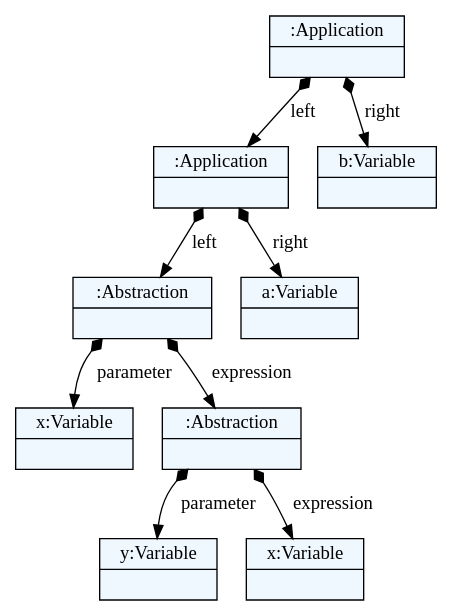
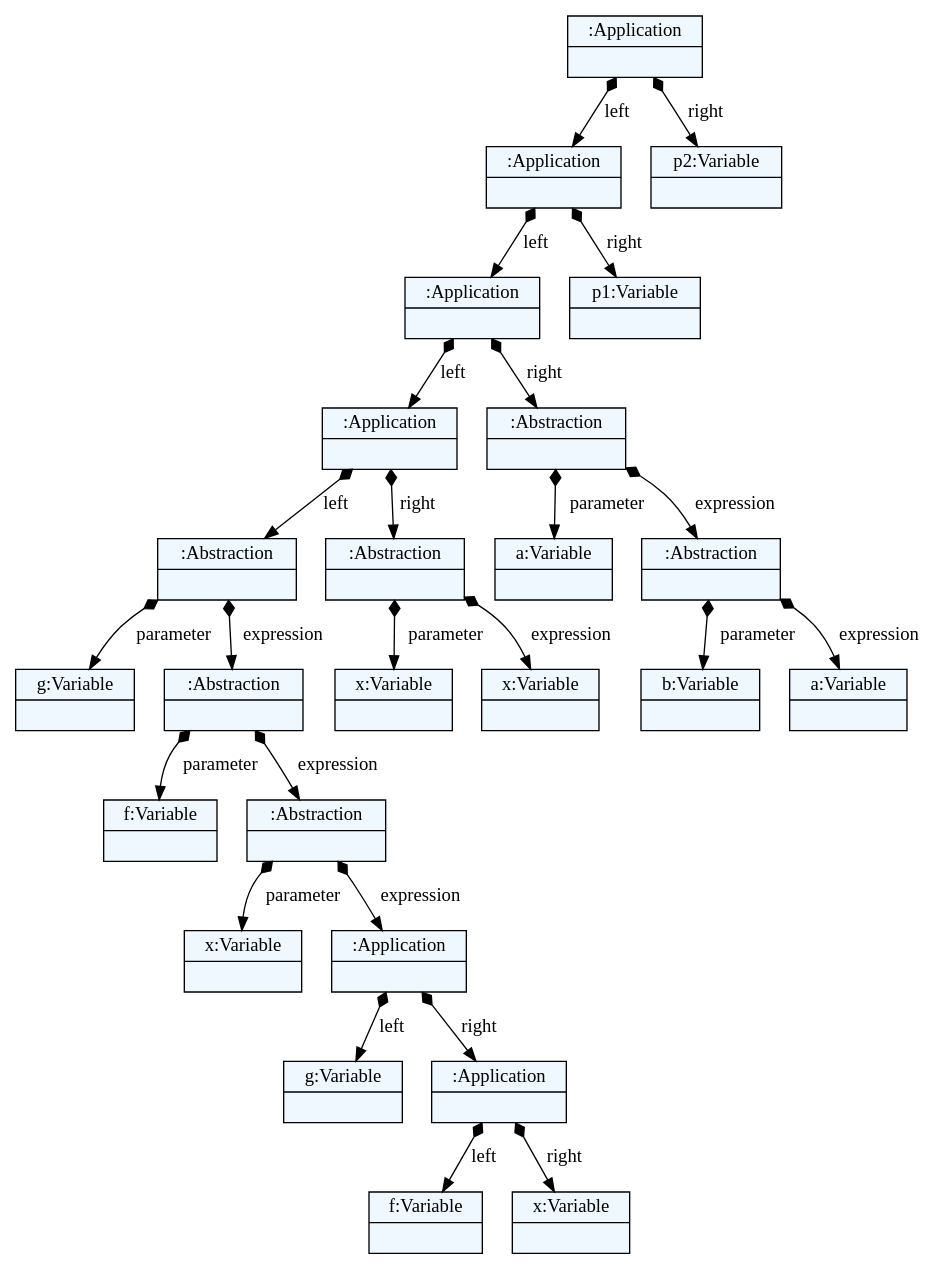
Before and after one commit to pavleglusac/lambda-calculus: the diagram in model.dot, drawn with Graphviz. The commit also changed 25 other files, not shown here.

```diff
--- a/model.dot
+++ b/model.dot
@@ -1,32 +1,64 @@
 
     digraph textX {
     fontname = "Bitstream Vera Sans"
     fontsize = 8
     node[
         shape=record,
         style=filled,
         fillcolor=aliceblue
     ]
     nodesep = 0.3
     edge[dir=black,arrowtail=empty]
 
 
-2263885647584 -> 2263885647488 [label="left" arrowtail=diamond dir=both]
-2263885647488 -> 2263885647344 [label="left" arrowtail=diamond dir=both]
-2263885647344 -> 2263885647248 [label="parameter" arrowtail=diamond dir=both]
-2263885647248[label="{x:Variable|}"]
-2263885647344 -> 2263885647200 [label="expression" arrowtail=diamond dir=both]
-2263885647200 -> 2263885647104 [label="parameter" arrowtail=diamond dir=both]
-2263885647104[label="{y:Variable|}"]
-2263885647200 -> 2263885647056 [label="expression" arrowtail=diamond dir=both]
-2263885647056[label="{x:Variable|}"]
-2263885647200[label="{:Abstraction|}"]
-2263885647344[label="{:Abstraction|}"]
-2263885647488 -> 2263885647296 [label="right" arrowtail=diamond dir=both]
-2263885647296[label="{a:Variable|}"]
-2263885647488[label="{:Application|}"]
-2263885647584 -> 2263885647392 [label="right" arrowtail=diamond dir=both]
-2263885647392[label="{b:Variable|}"]
-2263885647584[label="{:Application|}"]
+2133899157448 -> 2133899137800 [label="left" arrowtail=diamond dir=both]
+2133899137800 -> 2133909131912 [label="left" arrowtail=diamond dir=both]
+2133909131912 -> 2133909043592 [label="left" arrowtail=diamond dir=both]
+2133909043592 -> 2133909044552 [label="left" arrowtail=diamond dir=both]
+2133909044552 -> 2133909041992 [label="parameter" arrowtail=diamond dir=both]
+2133909041992[label="{g:Variable|}"]
+2133909044552 -> 2133909044936 [label="expression" arrowtail=diamond dir=both]
+2133909044936 -> 2133909041480 [label="parameter" arrowtail=diamond dir=both]
+2133909041480[label="{f:Variable|}"]
+2133909044936 -> 2133909044360 [label="expression" arrowtail=diamond dir=both]
+2133909044360 -> 2133909044424 [label="parameter" arrowtail=diamond dir=both]
+2133909044424[label="{x:Variable|}"]
+2133909044360 -> 2133909043656 [label="expression" arrowtail=diamond dir=both]
+2133909043656 -> 2133909043464 [label="left" arrowtail=diamond dir=both]
+2133909043464[label="{g:Variable|}"]
+2133909043656 -> 2133909042760 [label="right" arrowtail=diamond dir=both]
+2133909042760 -> 2133909041864 [label="left" arrowtail=diamond dir=both]
+2133909041864[label="{f:Variable|}"]
+2133909042760 -> 2133909043720 [label="right" arrowtail=diamond dir=both]
+2133909043720[label="{x:Variable|}"]
+2133909042760[label="{:Application|}"]
+2133909043656[label="{:Application|}"]
+2133909044360[label="{:Abstraction|}"]
+2133909044936[label="{:Abstraction|}"]
+2133909044552[label="{:Abstraction|}"]
+2133909043592 -> 2133909044488 [label="right" arrowtail=diamond dir=both]
+2133909044488 -> 2133909042120 [label="parameter" arrowtail=diamond dir=both]
+2133909042120[label="{x:Variable|}"]
+2133909044488 -> 2133909043976 [label="expression" arrowtail=diamond dir=both]
+2133909043976[label="{x:Variable|}"]
+2133909044488[label="{:Abstraction|}"]
+2133909043592[label="{:Application|}"]
+2133909131912 -> 2133909045000 [label="right" arrowtail=diamond dir=both]
+2133909045000 -> 2133909044808 [label="parameter" arrowtail=diamond dir=both]
+2133909044808[label="{a:Variable|}"]
+2133909045000 -> 2133909043912 [label="expression" arrowtail=diamond dir=both]
+2133909043912 -> 2133909042824 [label="parameter" arrowtail=diamond dir=both]
+2133909042824[label="{b:Variable|}"]
+2133909043912 -> 2133909043208 [label="expression" arrowtail=diamond dir=both]
+2133909043208[label="{a:Variable|}"]
+2133909043912[label="{:Abstraction|}"]
+2133909045000[label="{:Abstraction|}"]
+2133909131912[label="{:Application|}"]
+2133899137800 -> 2133909132936 [label="right" arrowtail=diamond dir=both]
+2133909132936[label="{p1:Variable|}"]
+2133899137800[label="{:Application|}"]
+2133899157448 -> 2133909132488 [label="right" arrowtail=diamond dir=both]
+2133909132488[label="{p2:Variable|}"]
+2133899157448[label="{:Application|}"]
 
 }
```
